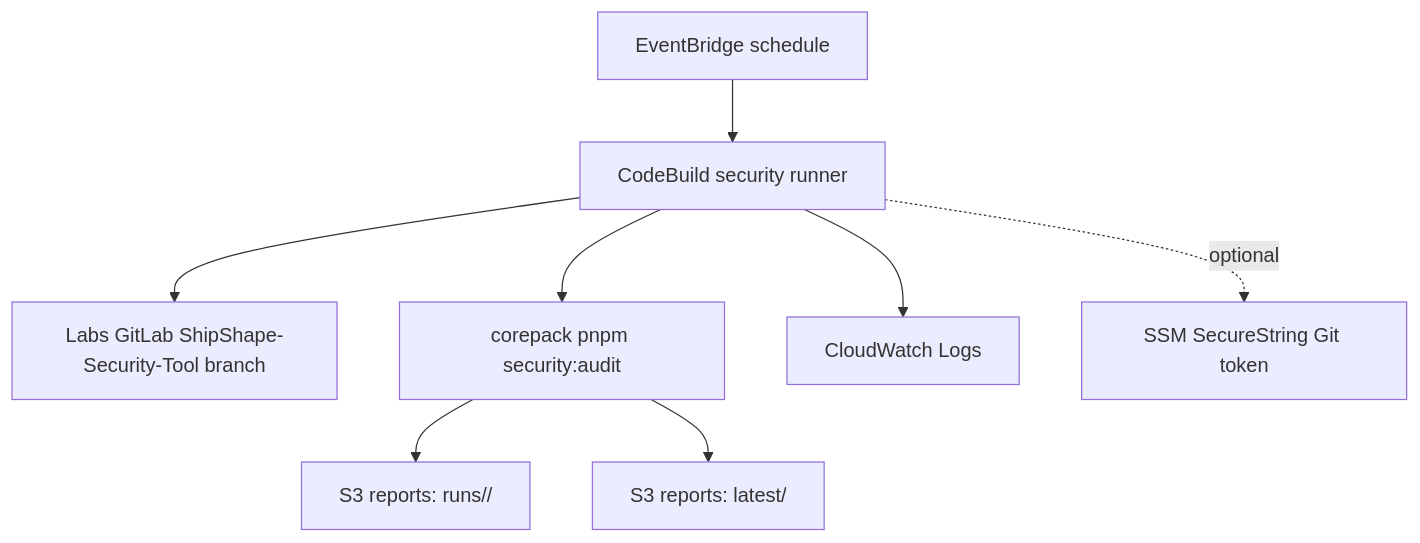
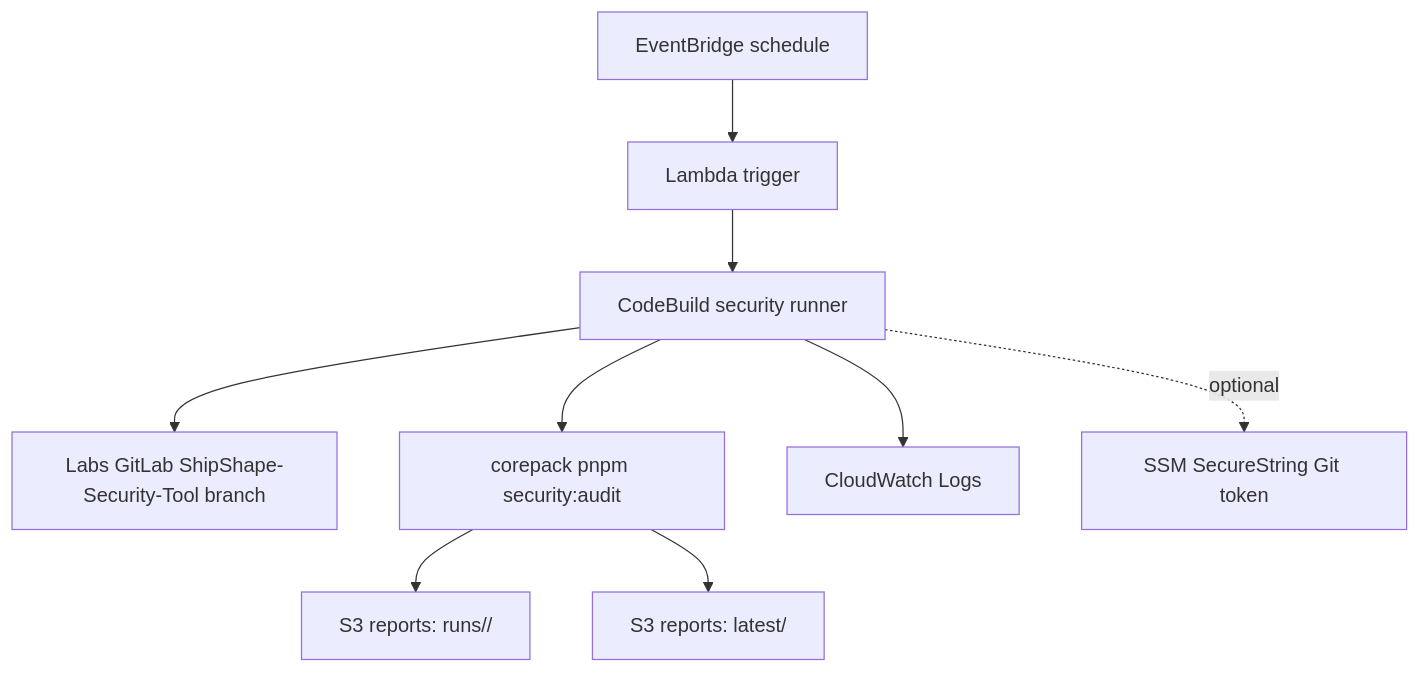
Before and after one commit to jayceparabellum/ship: the diagram in docs/security-tool/aws-architecture.md, drawn with Mermaid. The commit also changed other lines of this file and 6 other files, not shown here.

Commit message:
Add Lambda trigger for security audit runner

````diff
--- a/docs/security-tool/aws-architecture.md
+++ b/docs/security-tool/aws-architecture.md
@@ -22,10 +23,11 @@
 ```mermaid
 flowchart TD
-  EventBridge["EventBridge schedule"] --> CodeBuild["CodeBuild security runner"]
+  EventBridge["EventBridge schedule"] --> Lambda["Lambda trigger"]
+  Lambda --> CodeBuild["CodeBuild security runner"]
   CodeBuild --> GitLab["Labs GitLab ShipShape-Security-Tool branch"]
   CodeBuild --> Audit["corepack pnpm security:audit"]
   Audit --> S3Runs["S3 reports: runs/<run-id>/"]
   Audit --> S3Latest["S3 reports: latest/"]
   CodeBuild --> Logs["CloudWatch Logs"]
   CodeBuild -. optional .-> SSM["SSM SecureString Git token"]
 ```
````
